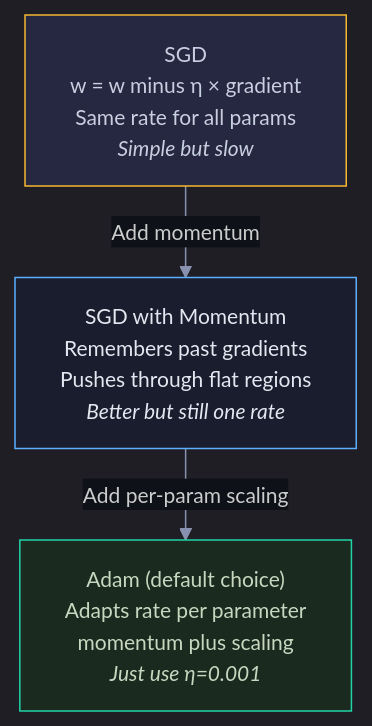
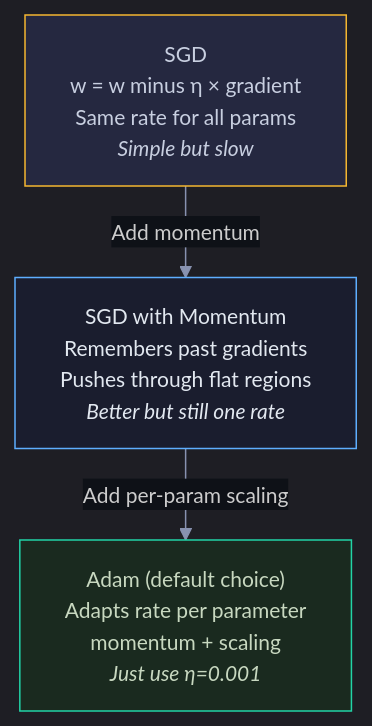
Before and after one commit to snehith1234/StudyCircle: the sixth of 9 diagrams in Documents/Visual_Guides/Deep_Learning/Neural_Networks_Visual.md, drawn with Mermaid. The commit also changed other lines of this file and 10 other files, not shown here.

First line of the commit message:
Fix Mermaid formatting and add RNN/LSTM guides

````diff
--- a/Documents/Visual_Guides/Deep_Learning/Neural_Networks_Visual.md
+++ b/Documents/Visual_Guides/Deep_Learning/Neural_Networks_Visual.md
@@ -134,11 +134,11 @@
 ```mermaid
 %%{init: {'theme': 'dark', 'themeVariables': {'darkMode': true, 'background': '#0e1117', 'primaryColor': '#1a1d2e', 'primaryTextColor': '#e2e8f0', 'primaryBorderColor': '#2d3148', 'lineColor': '#8892b0', 'secondaryColor': '#252840', 'tertiaryColor': '#1a1d2e', 'fontSize': '14px', 'edgeLabelBackground': '#0e1117'}, 'flowchart': {'nodeSpacing': 30, 'rankSpacing': 40, 'padding': 15, 'htmlLabels': true}}}%%
 graph TD
     SGD["SGD<br/>w = w minus η × gradient<br/>Same rate for all params<br/><i>Simple but slow</i>"]
     SGD -->|"Add momentum"| SGDM["SGD with Momentum<br/>Remembers past gradients<br/>Pushes through flat regions<br/><i>Better but still one rate</i>"]
-    SGDM -->|"Add per-param scaling"| ADAM["Adam (default choice)<br/>Adapts rate per parameter<br/>momentum plus scaling<br/><i>Just use η=0.001</i>"]
+    SGDM -->|"Add per-param scaling"| ADAM["Adam (default choice)<br/>Adapts rate per parameter<br/>momentum + scaling<br/><i>Just use η=0.001</i>"]
 
     style SGD fill:#252840,stroke:#f5b731,color:#c8cfe0
     style SGDM fill:#1a1d2e,stroke:#5eaeff,color:#e2e8f0
     style ADAM fill:#1a2a1f,stroke:#22d3a7,color:#c8d8c0
 ```
````
